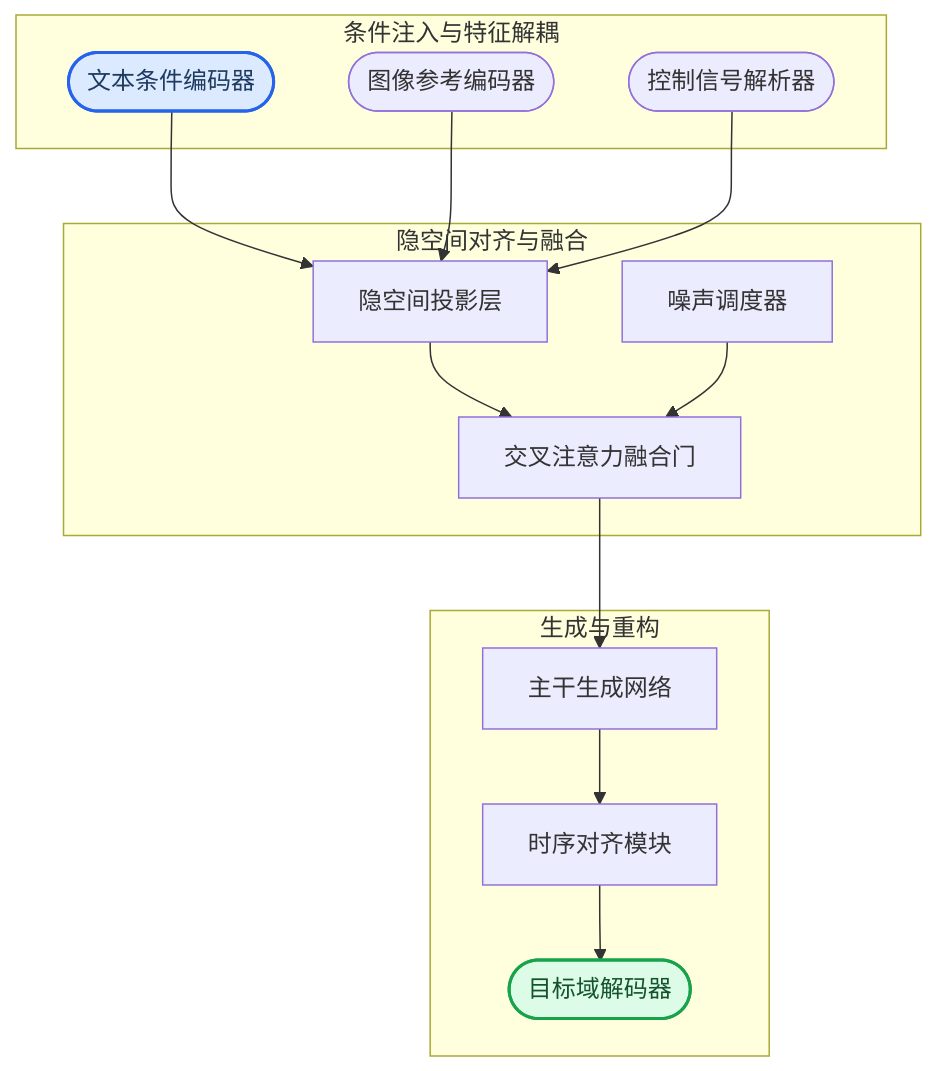
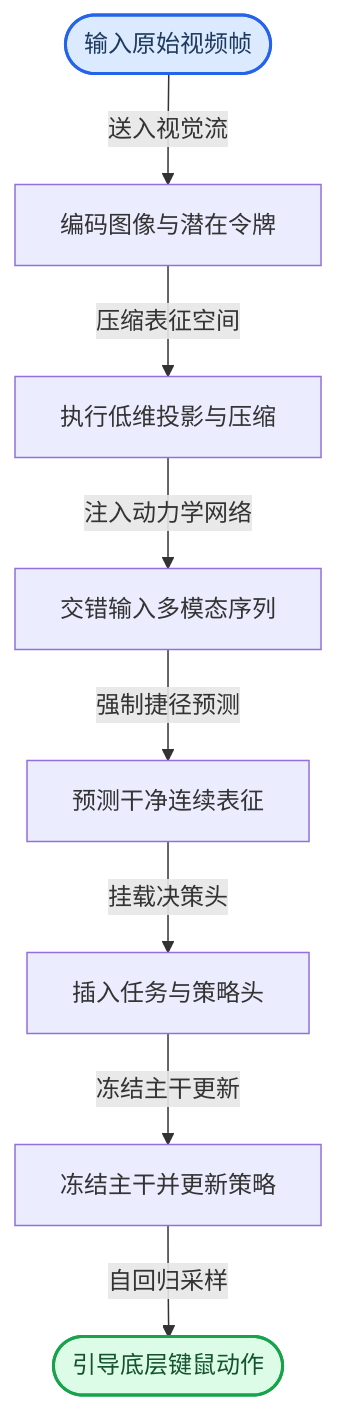
Before and after one commit to ShinewineW/paper-rolling: the third of 10 diagrams in person_vault/2026-06-12_TrainingAgentsInsideOfScalableWorldModel_2509.24527/report.md, drawn with Mermaid. The commit also changed other lines of this file and 51 other files, not shown here.

````diff
--- a/person_vault/2026-06-12_TrainingAgentsInsideOfScalableWorldModel_2509.24527/report.md
+++ b/person_vault/2026-06-12_TrainingAgentsInsideOfScalableWorldModel_2509.24527/report.md
@@ -117,33 +180,16 @@
 ```mermaid
 flowchart TB
-    subgraph 条件注入与特征解耦
-        cond_text(["文本条件编码器"])
-        cond_img(["图像参考编码器"])
-        cond_ctrl(["控制信号解析器"])
-    end
-    subgraph 隐空间对齐与融合
-        latent_proj["隐空间投影层"]
-        cross_attn["交叉注意力融合门"]
-        noise_sched["噪声调度器"]
-    end
-    subgraph 生成与重构
-        backbone_net["主干生成网络"]
-        temporal_align["时序对齐模块"]
-        output_dec(["目标域解码器"])
-    end
+  raw_video_frames(["输入原始视频帧"]) -->|送入视觉流| causal_tokenizer["编码图像与潜在令牌"]
+  causal_tokenizer -->|压缩表征空间| bottleneck_tanh_proj["执行低维投影与压缩"]
+  bottleneck_tanh_proj -->|注入动力学网络| interactive_dynamics["交错输入多模态序列"]
+  interactive_dynamics -->|强制捷径预测| shortcut_forcing_pred["预测干净连续表征"]
+  shortcut_forcing_pred -->|挂载决策头| agent_finetuning_heads["插入任务与策略头"]
+  agent_finetuning_heads -->|冻结主干更新| imagination_training_rollout["冻结主干并更新策略"]
+  imagination_training_rollout -->|自回归采样| inference_task_prompt(["引导底层键鼠动作"])
 
-    cond_text --> latent_proj
-    cond_img --> latent_proj
-    cond_ctrl --> latent_proj
-    latent_proj --> cross_attn
-    noise_sched --> cross_attn
-    cross_attn --> backbone_net
-    backbone_net --> temporal_align
-    temporal_align --> output_dec
-
-    classDef required fill:#dbeafe,stroke:#2563eb,stroke-width:2px,color:#1e3a5f
-    classDef output fill:#dcfce7,stroke:#16a34a,stroke-width:2px,color:#14532d
-    classDef optional fill:#fef9c3,stroke:#ca8a04,stroke-width:2px,color:#713f12
-    class cond_text required
-    class output_dec output
+  classDef required fill:#dbeafe,stroke:#2563eb,stroke-width:2px,color:#1e3a5f
+  classDef output fill:#dcfce7,stroke:#16a34a,stroke-width:2px,color:#14532d
+  classDef optional fill:#fef9c3,stroke:#ca8a04,stroke-width:2px,color:#713f12
+  class raw_video_frames required
+  class inference_task_prompt output
 ```
````
